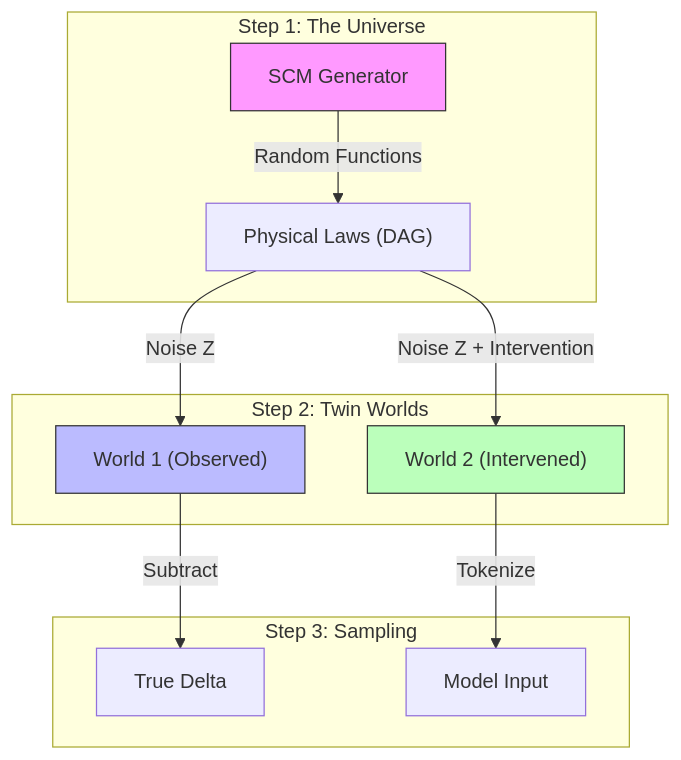
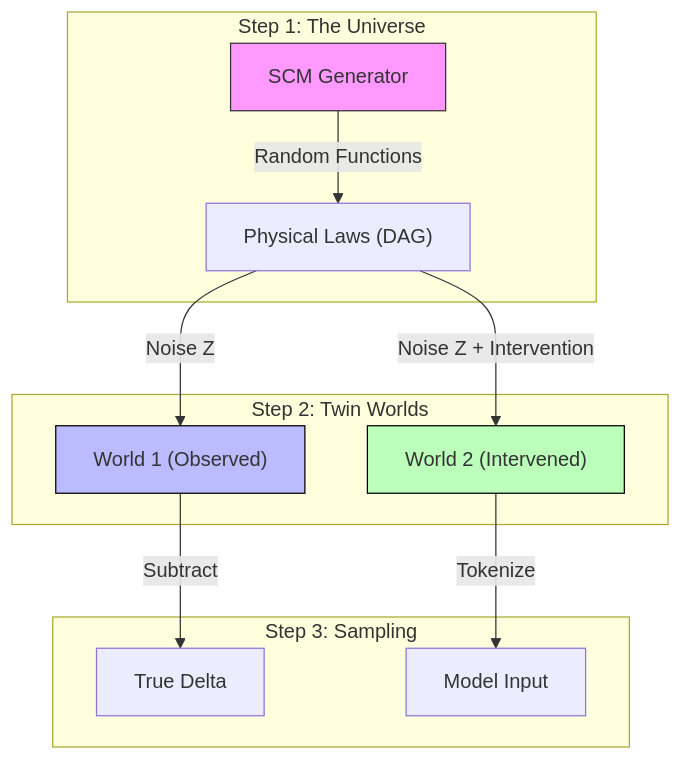
The third of 5 diagrams in README.md (MeiisamMahmoodii/MultiModelDeltaPredictor), drawn with Mermaid before and after one commit. The commit also changed other lines of this file, not shown here.

````diff
--- a/README.md
+++ b/README.md
@@ -78,20 +78,20 @@
 ```mermaid
 graph TD
     subgraph "Step 1: The Universe"
     SCM["SCM Generator"] -->|Random Functions| Graph["Physical Laws (DAG)"]
     end
     
     subgraph "Step 2: Twin Worlds"
     Graph -->|Noise Z| World1["World 1 (Observed)"]
     Graph -->|Noise Z + Intervention| World2["World 2 (Intervened)"]
     end
     
     subgraph "Step 3: Sampling"
     World1 -->|Subtract| Delta["True Delta"]
     World2 -->|Tokenize| Input["Model Input"]
     end
     
     style SCM fill:#f9f,stroke:#333
-    style World1 fill:#bbf,stroke:#333
-    style World2 fill:#bfb,stroke:#333
+    style World1 fill:#bbf,stroke:#000
+    style World2 fill:#bfb,stroke:#000
 ```
````
